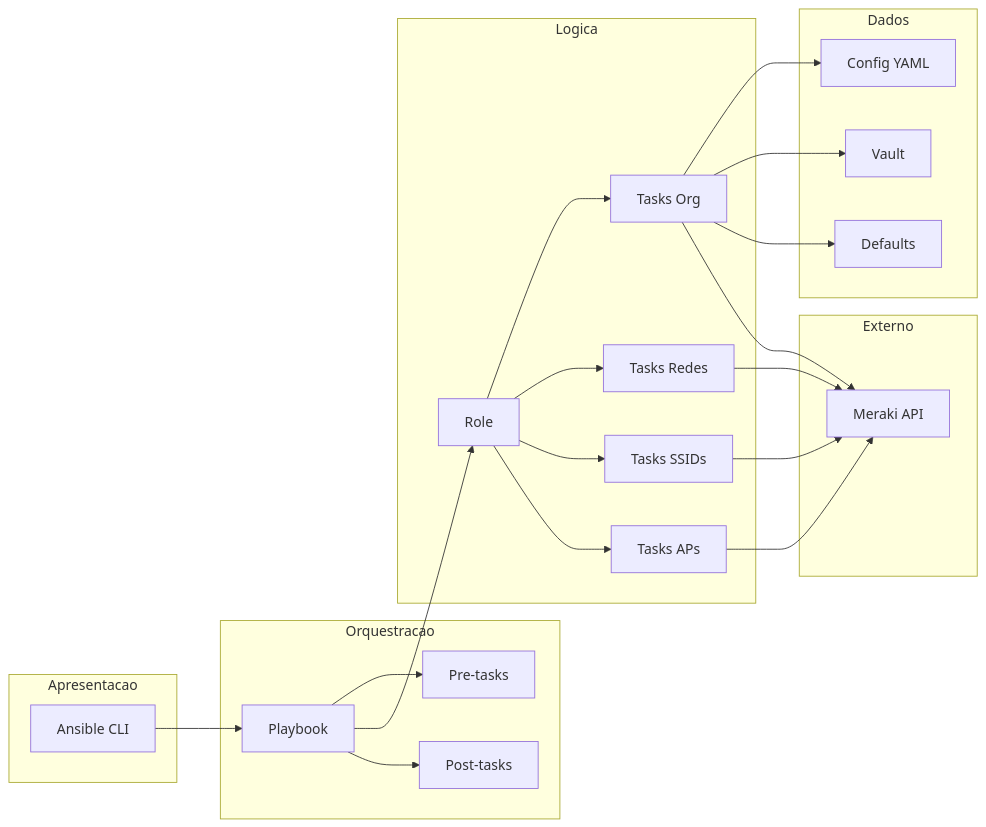
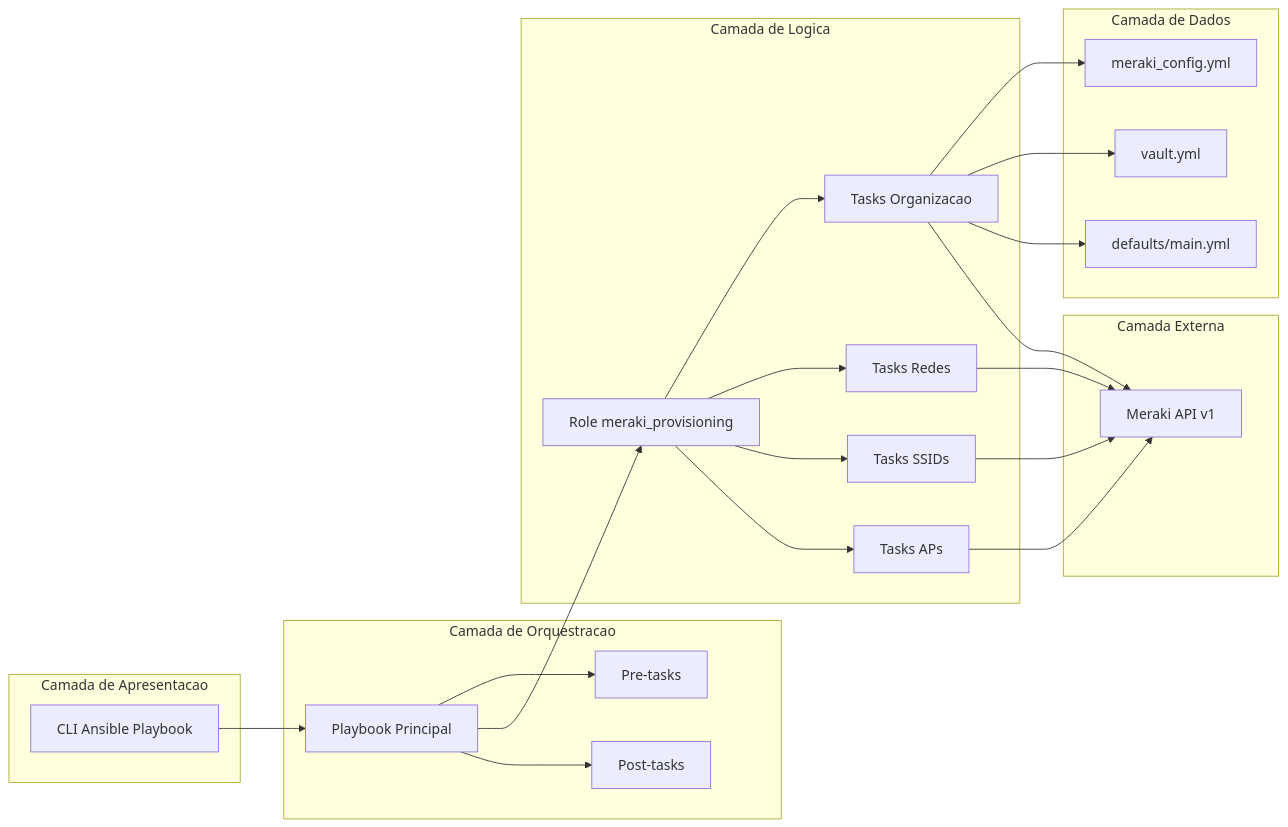
One commit to rodrigo-freitas-com/meraki-ansible changed the third of 13 diagrams in docs/system-modeling.md. Above: the diagram before and after it, drawn with Mermaid. The commit also changed other lines of this file, not shown here.

````diff
--- a/docs/system-modeling.md
+++ b/docs/system-modeling.md
@@ -115,46 +110,46 @@
 ```mermaid
 graph LR
-    subgraph Apresentacao
-        CLI[Ansible CLI]
+    subgraph Presentation[Camada de Apresentacao]
+        A[CLI Ansible Playbook]
     end
 
-    subgraph Orquestracao
-        PB[Playbook]
-        PRE[Pre-tasks]
-        POST[Post-tasks]
+    subgraph Orchestration[Camada de Orquestracao]
+        B[Playbook Principal]
+        C[Pre-tasks]
+        D[Post-tasks]
     end
 
-    subgraph Logica
-        ROLE[Role]
-        T1[Tasks Org]
-        T2[Tasks Redes]
-        T3[Tasks SSIDs]
-        T4[Tasks APs]
+    subgraph Logic[Camada de Logica]
+        E[Role meraki_provisioning]
+        F[Tasks Organizacao]
+        G[Tasks Redes]
+        H[Tasks SSIDs]
+        I[Tasks APs]
     end
 
-    subgraph Dados
-        CFG[Config YAML]
-        VLT[Vault]
-        DEF[Defaults]
+    subgraph Data[Camada de Dados]
+        J[meraki_config.yml]
+        K[vault.yml]
+        L[defaults/main.yml]
     end
 
-    subgraph Externo
-        API[Meraki API]
+    subgraph External[Camada Externa]
+        M[Meraki API v1]
     end
 
-    CLI --> PB
-    PB --> PRE
-    PB --> ROLE
-    PB --> POST
-    ROLE --> T1
-    ROLE --> T2
-    ROLE --> T3
-    ROLE --> T4
-    T1 --> CFG
-    T1 --> VLT
-    T1 --> DEF
-    T1 --> API
-    T2 --> API
-    T3 --> API
-    T4 --> API
+    A --> B
+    B --> C
+    B --> E
+    B --> D
+    E --> F
+    E --> G
+    E --> H
+    E --> I
+    F --> J
+    F --> K
+    F --> L
+    F --> M
+    G --> M
+    H --> M
+    I --> M
 ```
````
